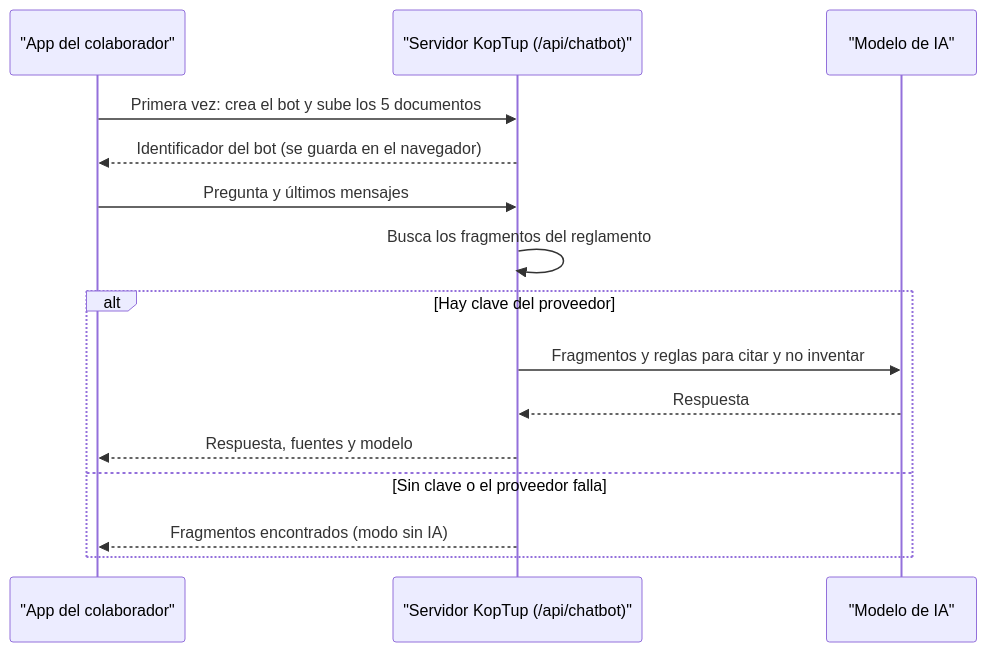
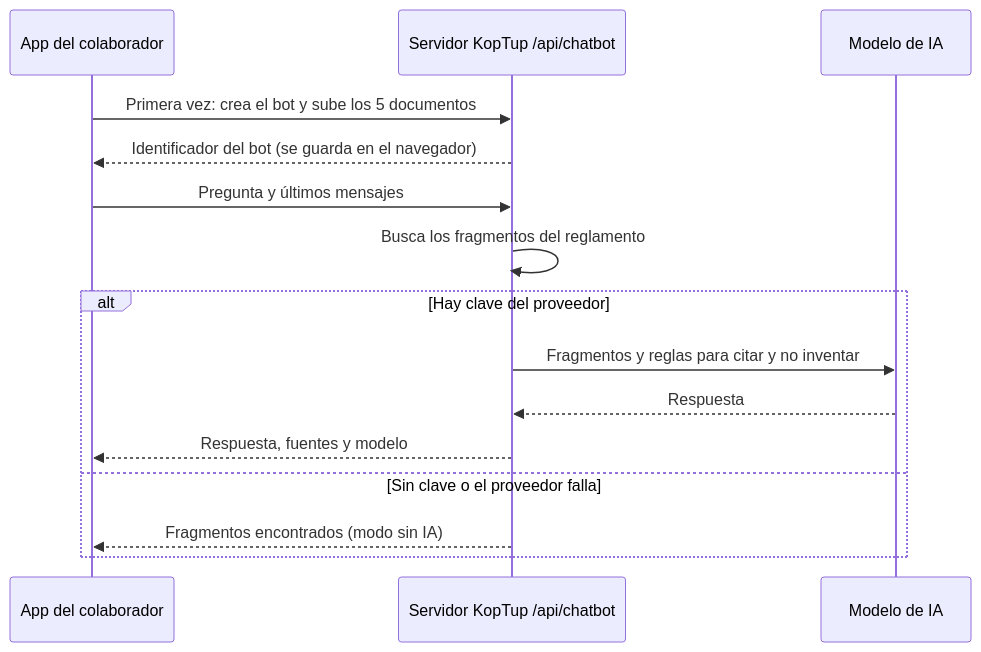
The third of 4 diagrams in docs/wiki/Guia-Demo-hrms.md (ronalc90/koptup), drawn with Mermaid before and after one commit. The commit also changed 234 other files, not shown here.

````diff
--- a/docs/wiki/Guia-Demo-hrms.md
+++ b/docs/wiki/Guia-Demo-hrms.md
@@ -276,17 +276,17 @@
 ```mermaid
 sequenceDiagram
-    participant C as "App del colaborador"
-    participant B as "Servidor KopTup (/api/chatbot)"
-    participant M as "Modelo de IA"
+    participant C as App del colaborador
+    participant B as Servidor KopTup /api/chatbot
+    participant M as Modelo de IA
     C->>B: Primera vez: crea el bot y sube los 5 documentos
     B-->>C: Identificador del bot (se guarda en el navegador)
     C->>B: Pregunta y últimos mensajes
     B->>B: Busca los fragmentos del reglamento
     alt Hay clave del proveedor
         B->>M: Fragmentos y reglas para citar y no inventar
         M-->>B: Respuesta
         B-->>C: Respuesta, fuentes y modelo
     else Sin clave o el proveedor falla
         B-->>C: Fragmentos encontrados (modo sin IA)
     end
 ```
````
